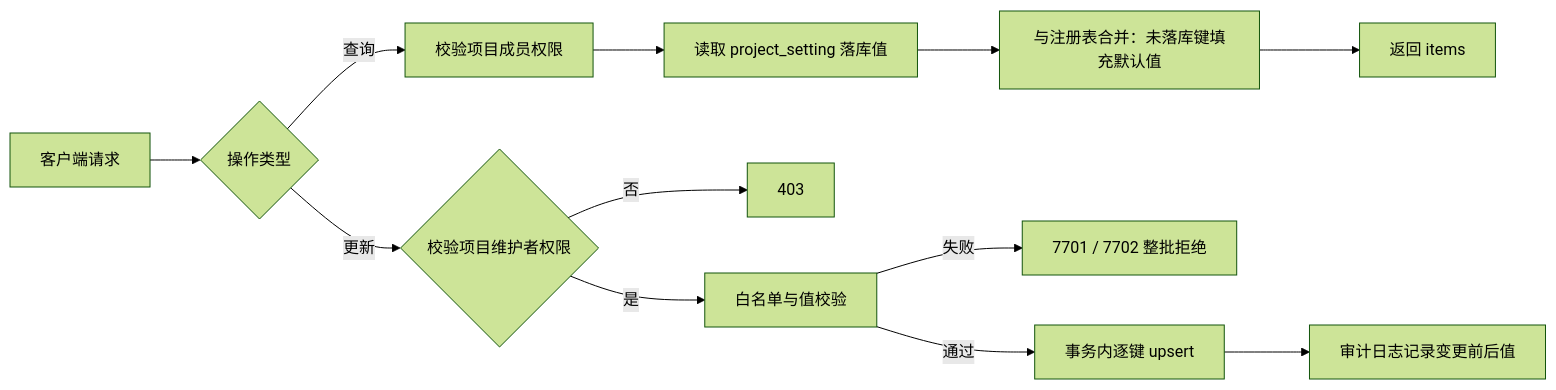
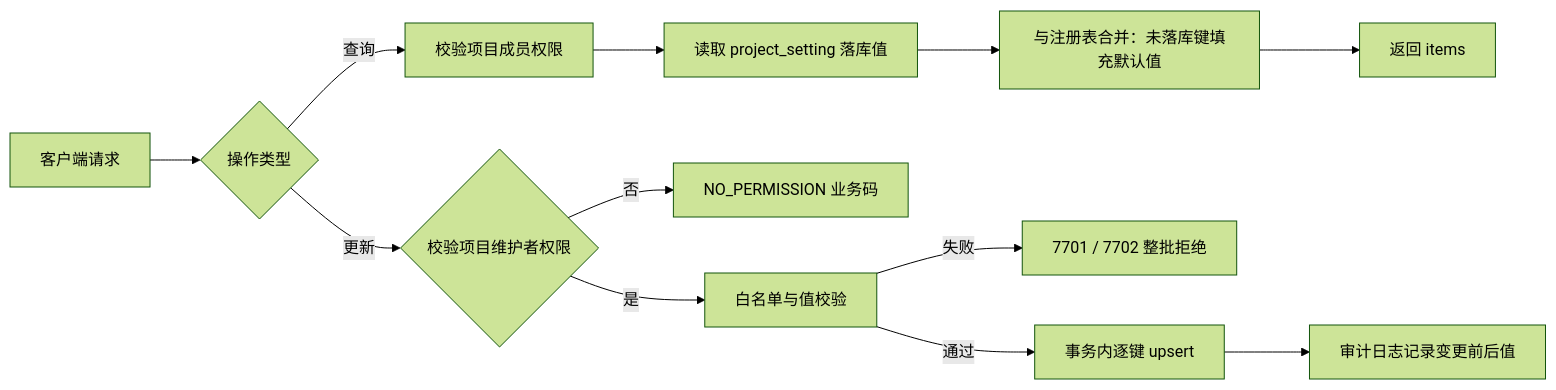
One commit to XiaoMiSum/robotest changed the diagram in docs/详细设计/项目设置详细设计说明书.md. Above: the diagram before and after it, drawn with Mermaid (forest theme). The commit also changed other lines of this file and 2 other files, not shown here.

````diff
--- a/docs/详细设计/项目设置详细设计说明书.md
+++ b/docs/详细设计/项目设置详细设计说明书.md
@@ -133,12 +135,12 @@
 ```mermaid
 flowchart LR
     A[客户端请求] --> B{操作类型}
     B -->|查询| C[校验项目成员权限] --> D[读取 project_setting 落库值]
     D --> E[与注册表合并：未落库键填充默认值]
     E --> F[返回 items]
     B -->|更新| G{校验项目维护者权限}
-    G -->|否| H[403]
+    G -->|否| H[NO_PERMISSION 业务码]
     G -->|是| I[白名单与值校验]
     I -->|失败| J[7701 / 7702 整批拒绝]
     I -->|通过| K[事务内逐键 upsert] --> L[审计日志记录变更前后值]
 ```
````
